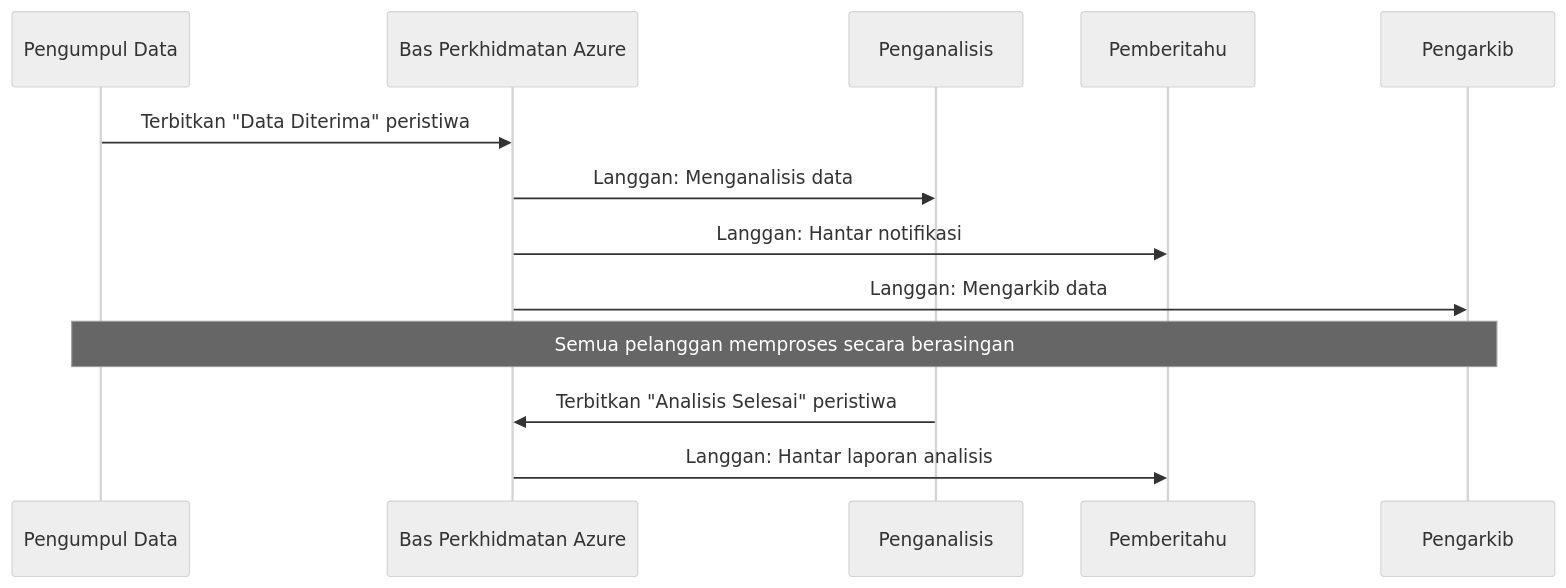
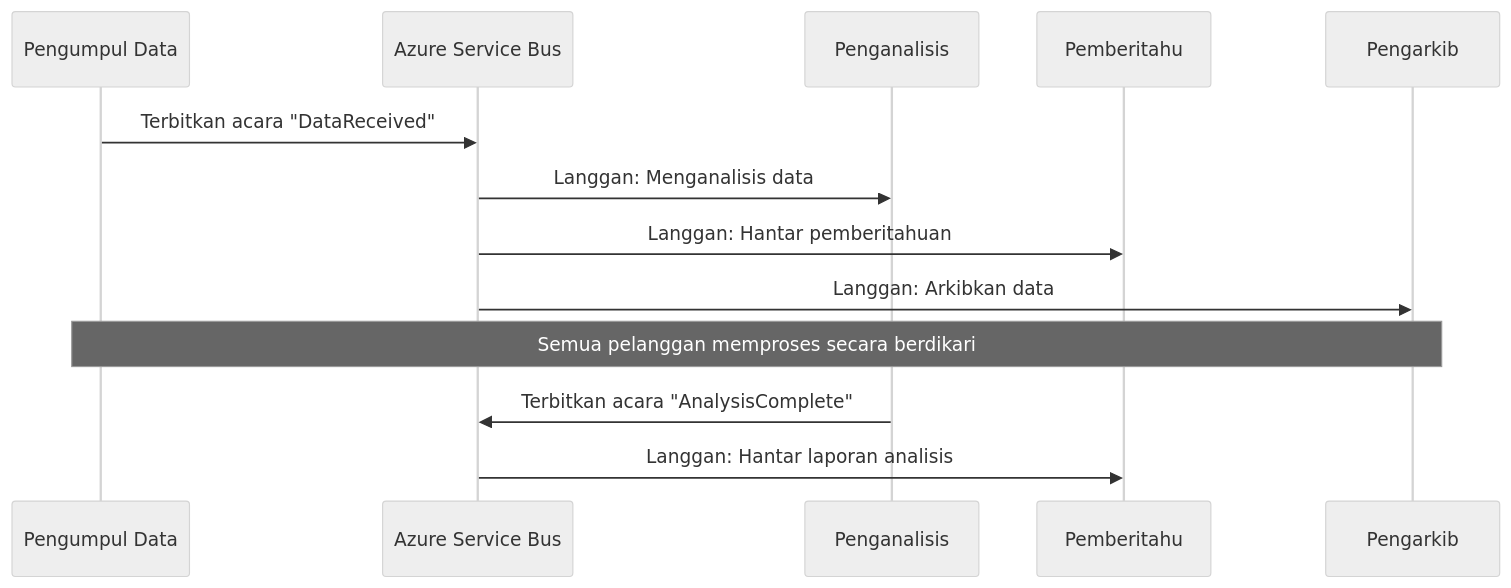
Before and after one commit to microsoft/AZD-for-beginners: the fourth of 6 diagrams in translations/ms/docs/chapter-06-pre-deployment/coordination-patterns.md, drawn with Mermaid (neutral theme). The commit also changed other lines of this file and 101 other files, not shown here.

````diff
--- a/translations/ms/docs/chapter-06-pre-deployment/coordination-patterns.md
+++ b/translations/ms/docs/chapter-06-pre-deployment/coordination-patterns.md
@@ -191,18 +185,18 @@
 ```mermaid
 sequenceDiagram
     participant Agent1 as Pengumpul Data
-    participant EventBus as Bas Perkhidmatan Azure
+    participant EventBus as Azure Service Bus
     participant Agent2 as Penganalisis
     participant Agent3 as Pemberitahu
     participant Agent4 as Pengarkib
     
-    Agent1->>EventBus: Terbitkan "Data Diterima" peristiwa
+    Agent1->>EventBus: Terbitkan acara "DataReceived"
     EventBus->>Agent2: Langgan: Menganalisis data
-    EventBus->>Agent3: Langgan: Hantar notifikasi
-    EventBus->>Agent4: Langgan: Mengarkib data
+    EventBus->>Agent3: Langgan: Hantar pemberitahuan
+    EventBus->>Agent4: Langgan: Arkibkan data
     
-    Note over Agent1,Agent4: Semua pelanggan memproses secara berasingan
+    Note over Agent1,Agent4: Semua pelanggan memproses secara berdikari
     
-    Agent2->>EventBus: Terbitkan "Analisis Selesai" peristiwa
+    Agent2->>EventBus: Terbitkan acara "AnalysisComplete"
     EventBus->>Agent3: Langgan: Hantar laporan analisis
 ```
````
